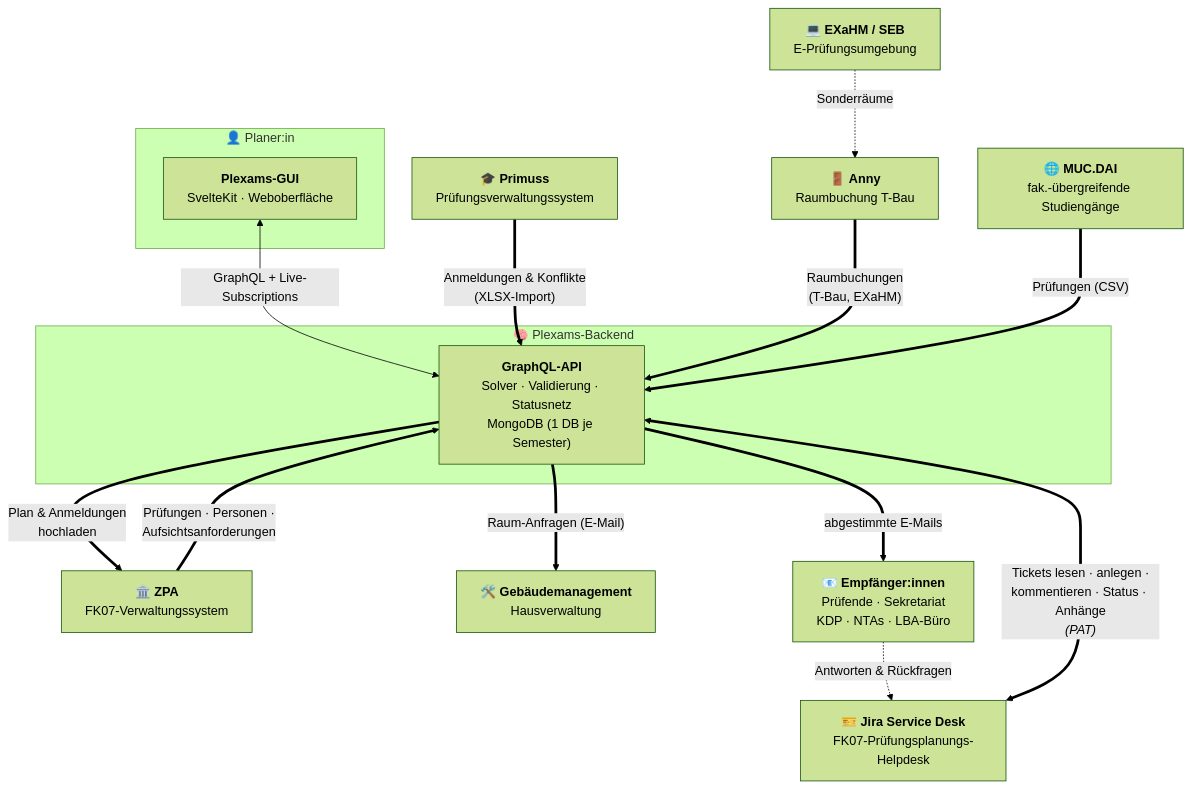
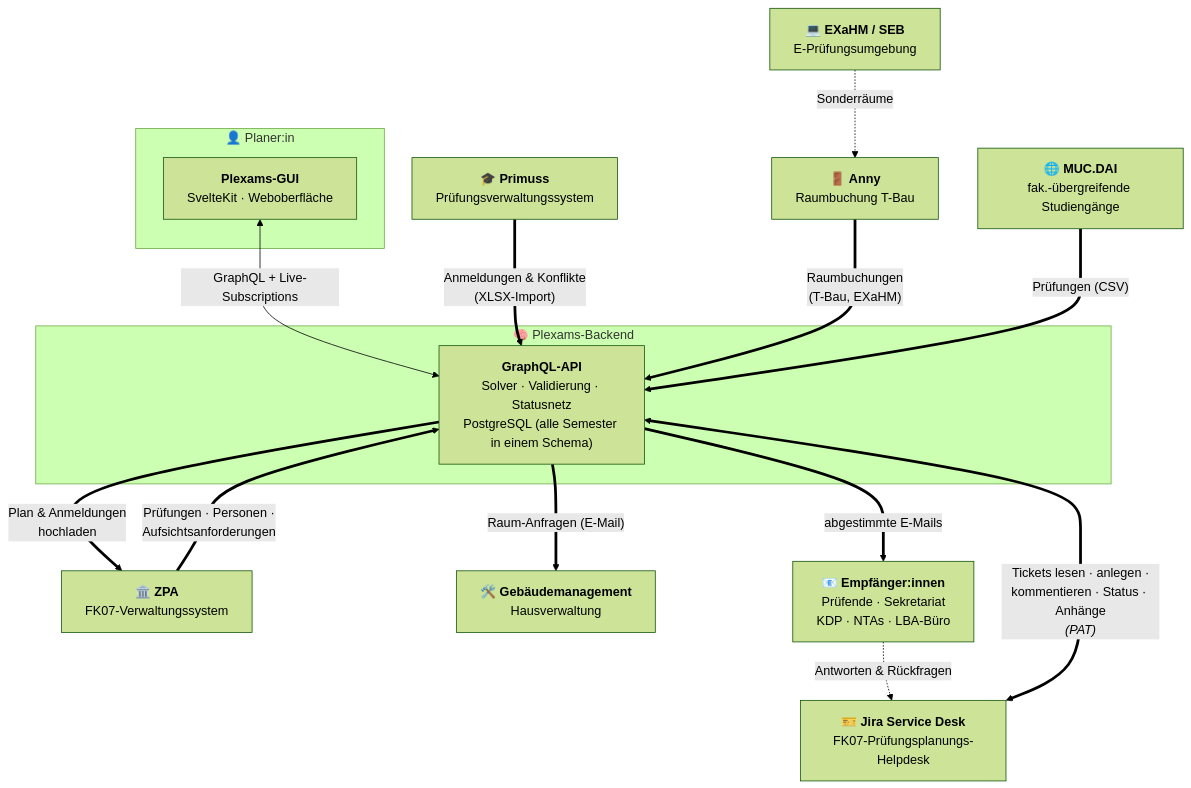
One commit to obcode/plexams.go changed the first of 8 diagrams in docs/OVERVIEW.md. Above: the diagram before and after it, drawn with Mermaid (forest theme). The commit also changed other lines of this file and 2 other files, not shown here.

First line of the commit message:
docs: Ablauf.md describes the GUI workflow; README and OVERVIEW drop CLI and MongoDB

````diff
--- a/docs/OVERVIEW.md
+++ b/docs/OVERVIEW.md
@@ -37,32 +37,32 @@
 ```mermaid
 flowchart TB
     subgraph User["👤 Planer:in"]
       GUI["<b>Plexams-GUI</b><br/>SvelteKit · Weboberfläche"]
     end
 
     subgraph Core["🧠 Plexams-Backend"]
-      BE["<b>GraphQL-API</b><br/>Solver · Validierung · Statusnetz<br/>MongoDB (1 DB je Semester)"]
+      BE["<b>GraphQL-API</b><br/>Solver · Validierung · Statusnetz<br/>PostgreSQL (alle Semester in einem Schema)"]
     end
 
     GUI <-->|"GraphQL + Live-Subscriptions"| BE
 
     ZPA["🏛️ <b>ZPA</b><br/>FK07-Verwaltungssystem"]
     PRIMUSS["🎓 <b>Primuss</b><br/>Prüfungsverwaltungssystem"]
     ANNY["🚪 <b>Anny</b><br/>Raumbuchung T-Bau"]
     GM["🛠️ <b>Gebäudemanagement</b><br/>Hausverwaltung"]
     MUCDAI["🌐 <b>MUC.DAI</b><br/>fak.-übergreifende Studiengänge"]
     EXAHM["💻 <b>EXaHM / SEB</b><br/>E-Prüfungsumgebung"]
     MAILS["📧 <b>Empfänger:innen</b><br/>Prüfende · Sekretariat<br/>KDP · NTAs · LBA-Büro"]
     JIRA["🎫 <b>Jira Service Desk</b><br/>FK07-Prüfungsplanungs-Helpdesk"]
 
     ZPA ==>|"Prüfungen · Personen ·<br/>Aufsichtsanforderungen"| BE
     BE ==>|"Plan & Anmeldungen<br/>hochladen"| ZPA
     PRIMUSS ==>|"Anmeldungen & Konflikte<br/>(XLSX-Import)"| BE
     ANNY ==>|"Raumbuchungen<br/>(T-Bau, EXaHM)"| BE
     MUCDAI ==>|"Prüfungen (CSV)"| BE
     EXAHM -.->|"Sonderräume"| ANNY
     BE ==>|"Raum-Anfragen (E-Mail)"| GM
     BE ==>|"abgestimmte E-Mails"| MAILS
     MAILS -.->|"Antworten & Rückfragen"| JIRA
     JIRA <==>|"Tickets lesen · anlegen ·<br/>kommentieren · Status · Anhänge<br/><i>(PAT)</i>"| BE
 ```
````
